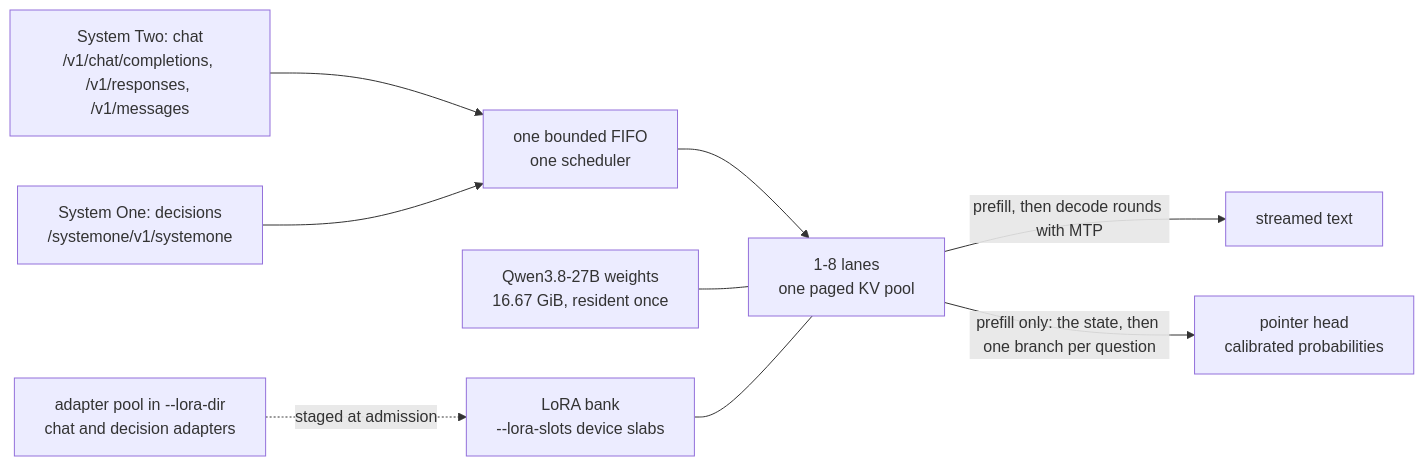
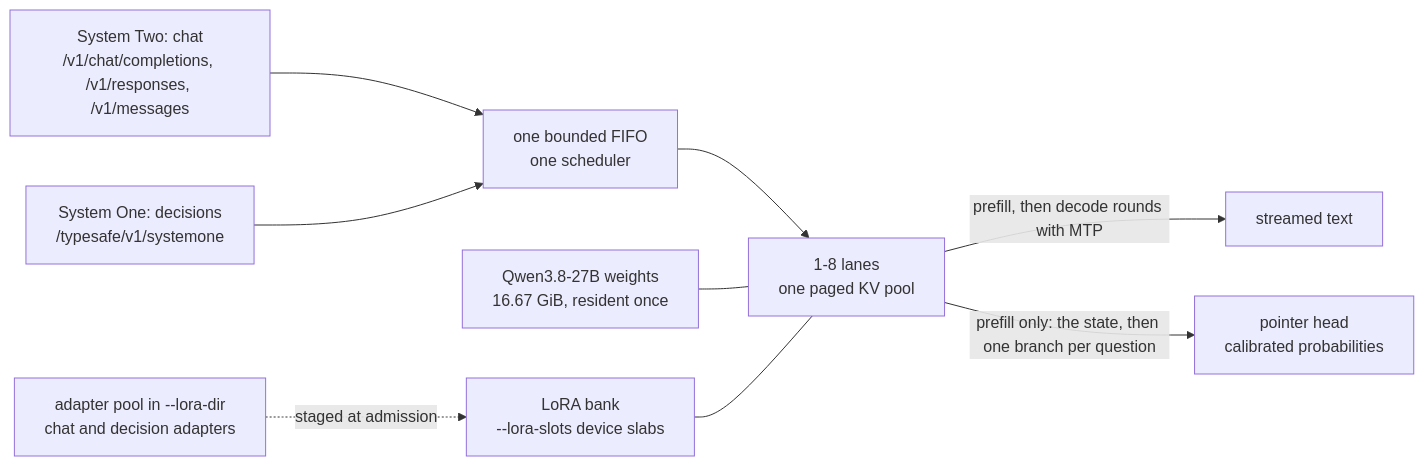
The diagram in README.md (tensorninja/ninfer-4090), drawn with Mermaid before and after one commit. The commit also changed other lines of this file and 19 other files, not shown here.

````diff
--- a/README.md
+++ b/README.md
@@ -30,11 +30,11 @@
 ```mermaid
 flowchart LR
     chat["System Two: chat<br/>/v1/chat/completions, /v1/responses, /v1/messages"] --> fifo
-    decide["System One: decisions<br/>/systemone/v1/systemone"] --> fifo
+    decide["System One: decisions<br/>/typesafe/v1/systemone"] --> fifo
     fifo["one bounded FIFO<br/>one scheduler"] --> lanes["1-8 lanes<br/>one paged KV pool"]
     weights["Qwen3.8-27B weights<br/>16.67 GiB, resident once"] --- lanes
     bank["LoRA bank<br/>--lora-slots device slabs"] --- lanes
     pool["adapter pool in --lora-dir<br/>chat and decision adapters"] -.->|"staged at admission"| bank
     lanes -->|"prefill, then decode rounds with MTP"| text["streamed text"]
     lanes -->|"prefill only: the state, then one branch per question"| head["pointer head<br/>calibrated probabilities"]
 ```
````
